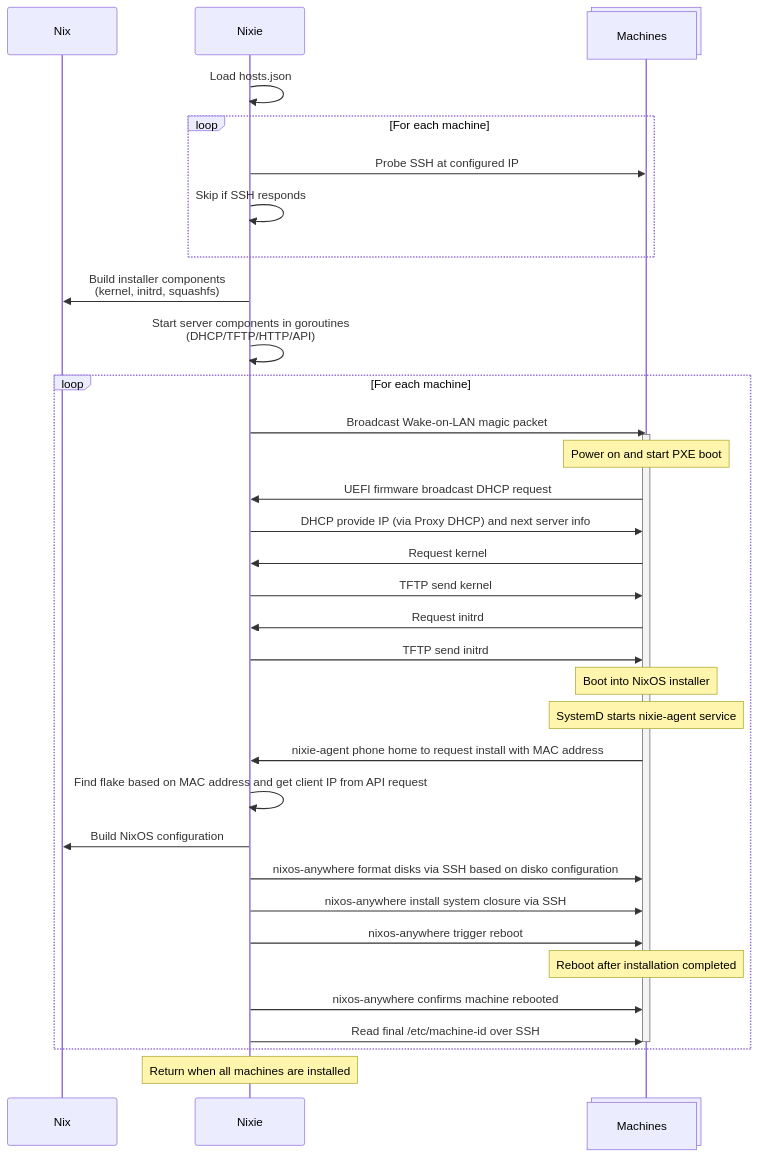
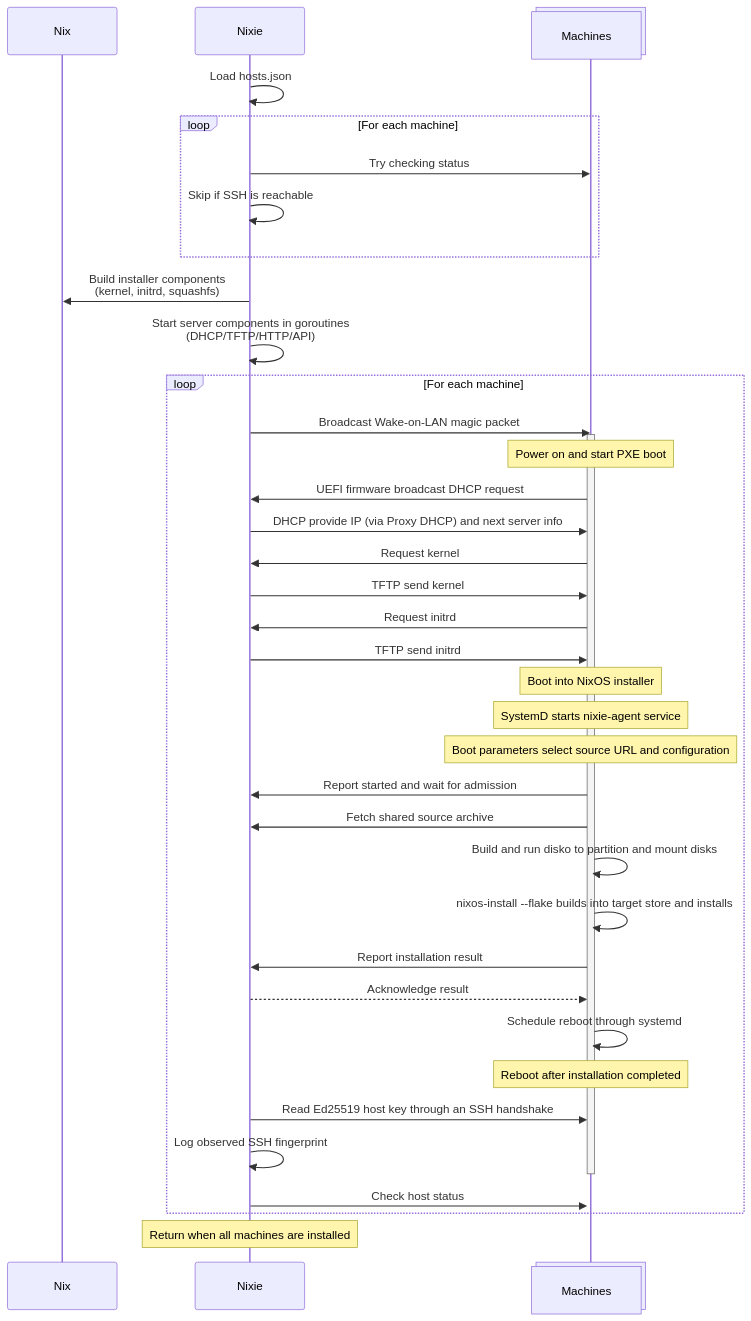
One commit to khuedoan/nixie changed the diagram in README.md. Above: the diagram before and after it, drawn with Mermaid. The commit also changed other lines of this file, not shown here.

Commit message:
docs: describe agent-driven provisioning and fixed inventory

````diff
--- a/README.md
+++ b/README.md
@@ -99,49 +134,54 @@
 ```mermaid
 sequenceDiagram
     participant Nix
     participant Nixie
     participant Machines@{ "type" : "collections" }
 
     Nixie->>Nixie: Load hosts.json
 
     loop For each machine
-    Nixie->>Machines: Probe SSH at configured IP
-    Nixie->>Nixie: Skip if SSH responds
+    Nixie->>Machines: Try checking status
+    Nixie->>Nixie: Skip if SSH is reachable
     end
 
     Nixie->>Nix: Build installer components<br/>(kernel, initrd, squashfs)
     Nixie->>Nixie: Start server components in goroutines<br/>(DHCP/TFTP/HTTP/API)
 
     loop For each machine
         Nixie->>Machines: Broadcast Wake-on-LAN magic packet
 
         activate Machines
 
         Note over Machines: Power on and start PXE boot
 
         Machines->>Nixie: UEFI firmware broadcast DHCP request
         Nixie->>Machines: DHCP provide IP (via Proxy DHCP) and next server info
         Machines->>Nixie: Request kernel
         Nixie->>Machines: TFTP send kernel
         Machines->>Nixie: Request initrd
         Nixie->>Machines: TFTP send initrd
 
         Note over Machines: Boot into NixOS installer
         Note over Machines: SystemD starts nixie-agent service
-        Machines->>Nixie: nixie-agent phone home to request install with MAC address
-        Nixie->>Nixie: Find flake based on MAC address and get client IP from API request
-        Nixie->>Nix: Build NixOS configuration
-        Nixie->>Machines: nixos-anywhere format disks via SSH based on disko configuration
-        Nixie->>Machines: nixos-anywhere install system closure via SSH
-        Nixie->>Machines: nixos-anywhere trigger reboot
+        Note over Machines: Boot parameters select source URL and configuration
+        Machines->>Nixie: Report started and wait for admission
+        Machines->>Nixie: Fetch shared source archive
+        Machines->>Machines: Build and run disko to partition and mount disks
+        Machines->>Machines: nixos-install --flake builds into target store and installs
+        Machines->>Nixie: Report installation result
+        Nixie-->>Machines: Acknowledge result
+        Machines->>Machines: Schedule reboot through systemd
 
         Note over Machines: Reboot after installation completed
 
-        Nixie->>Machines: nixos-anywhere confirms machine rebooted
-        Nixie->>Machines: Read final /etc/machine-id over SSH
+        Nixie->>Machines: Read Ed25519 host key through an SSH handshake
+        Nixie->>Nixie: Log observed SSH fingerprint
         deactivate Machines
 
+        activate Machines
+
+        Nixie->>Machines: Check host status
     end
 
     Note over Nixie: Return when all machines are installed
 ```
````
